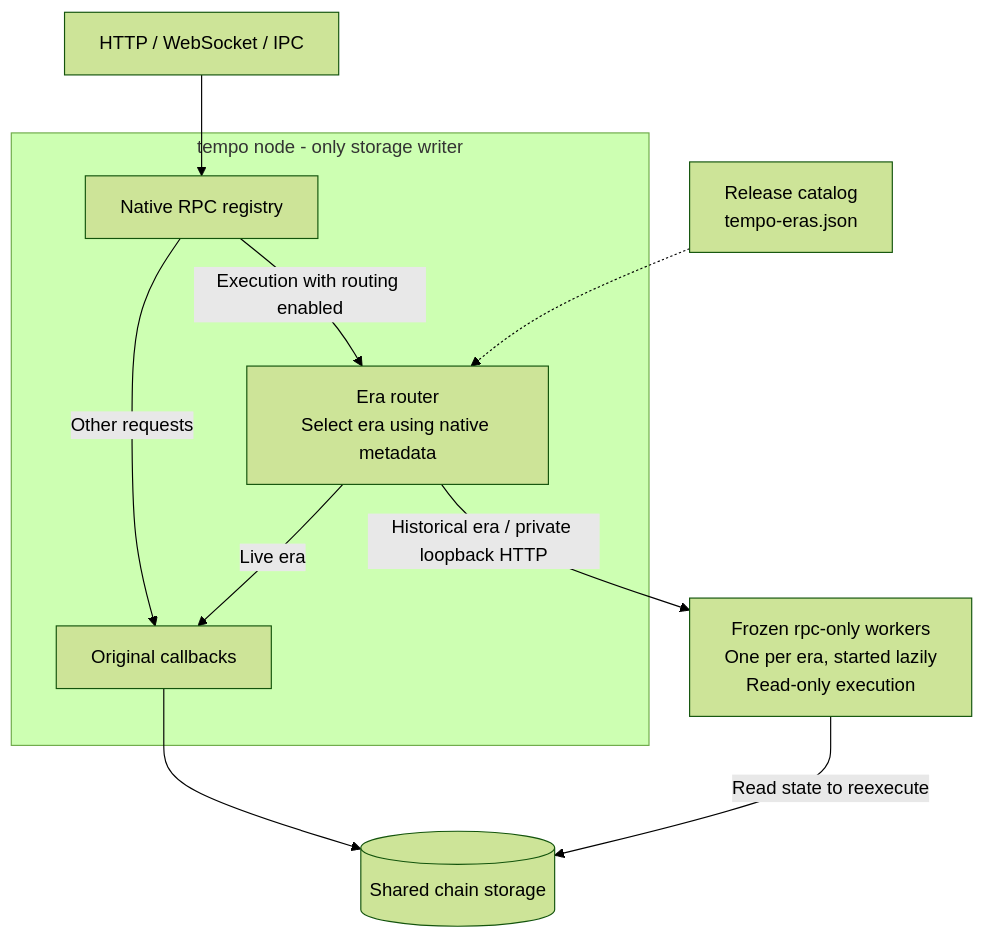
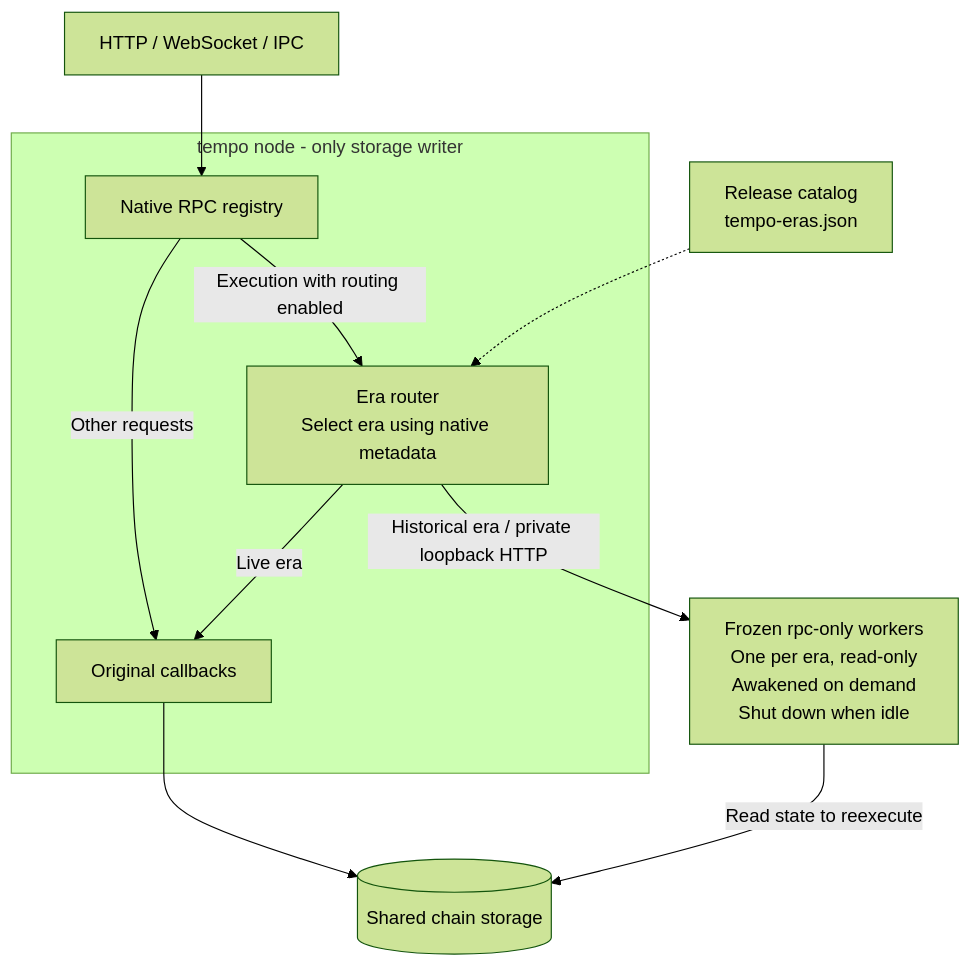
Before and after one commit to tempoxyz/tempo: the diagram in bin/tempo-metabinary/README.md, drawn with Mermaid (forest theme).

Commit message:
docs(metabinary): describe worker wakeup and idle shutdown

````diff
--- a/bin/tempo-metabinary/README.md
+++ b/bin/tempo-metabinary/README.md
@@ -8,13 +8,13 @@
 ```mermaid
 flowchart TB
     RPC["HTTP / WebSocket / IPC"] --> Registry
     Catalog["Release catalog<br/>tempo-eras.json"] -.-> Router
     subgraph Node["tempo node - only storage writer"]
         Registry["Native RPC registry"] -->|"Other requests"| Native["Original callbacks"]
         Registry -->|"Execution with routing enabled"| Router["Era router<br/>Select era using native metadata"]
         Router -->|"Live era"| Native
     end
-    Router -->|"Historical era / private loopback HTTP"| Frozen["Frozen rpc-only workers<br/>One per era, started lazily<br/>Read-only execution"]
+    Router -->|"Historical era / private loopback HTTP"| Frozen["Frozen rpc-only workers<br/>One per era, read-only<br/>Awakened on demand<br/>Shut down when idle"]
     Native --> DB[("Shared chain storage")]
     Frozen -->|"Read state to reexecute"| DB
 ```
````
